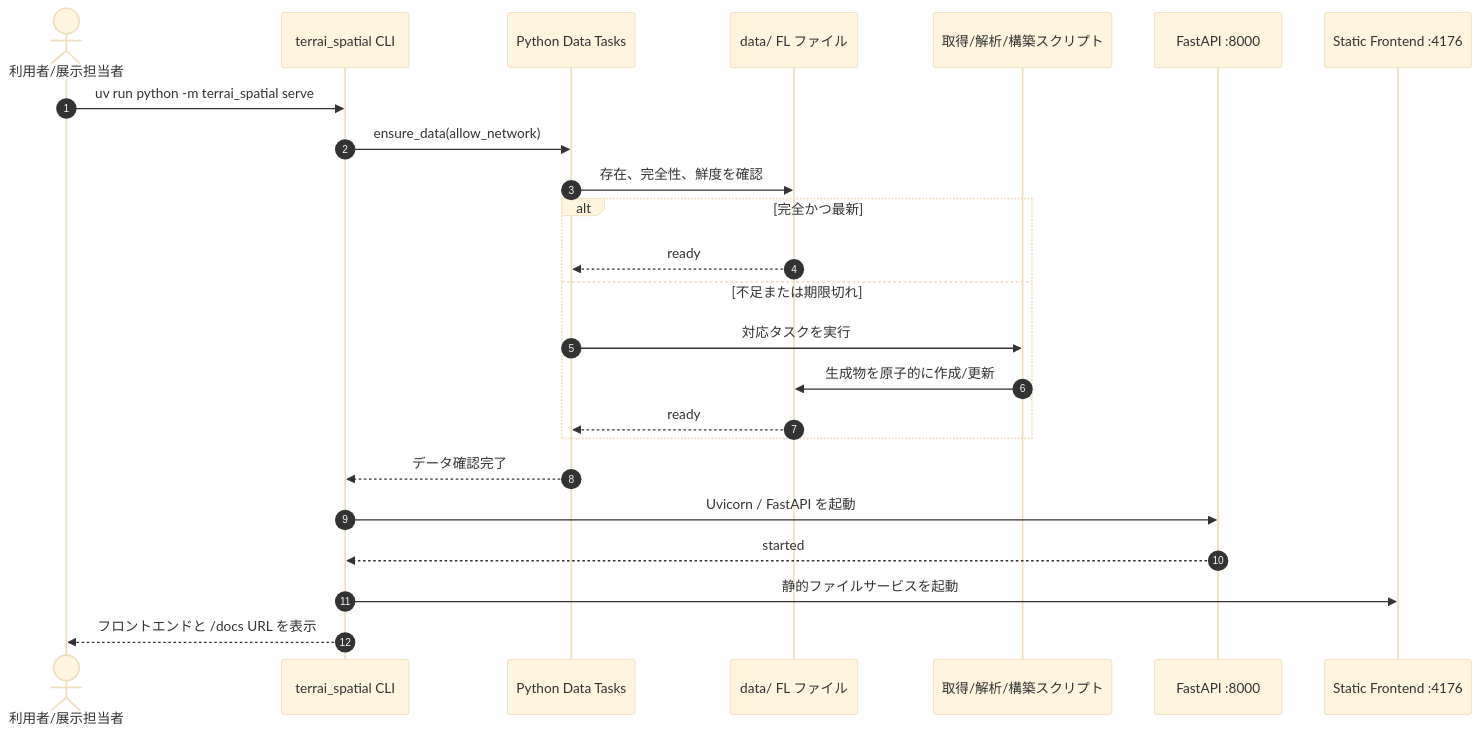
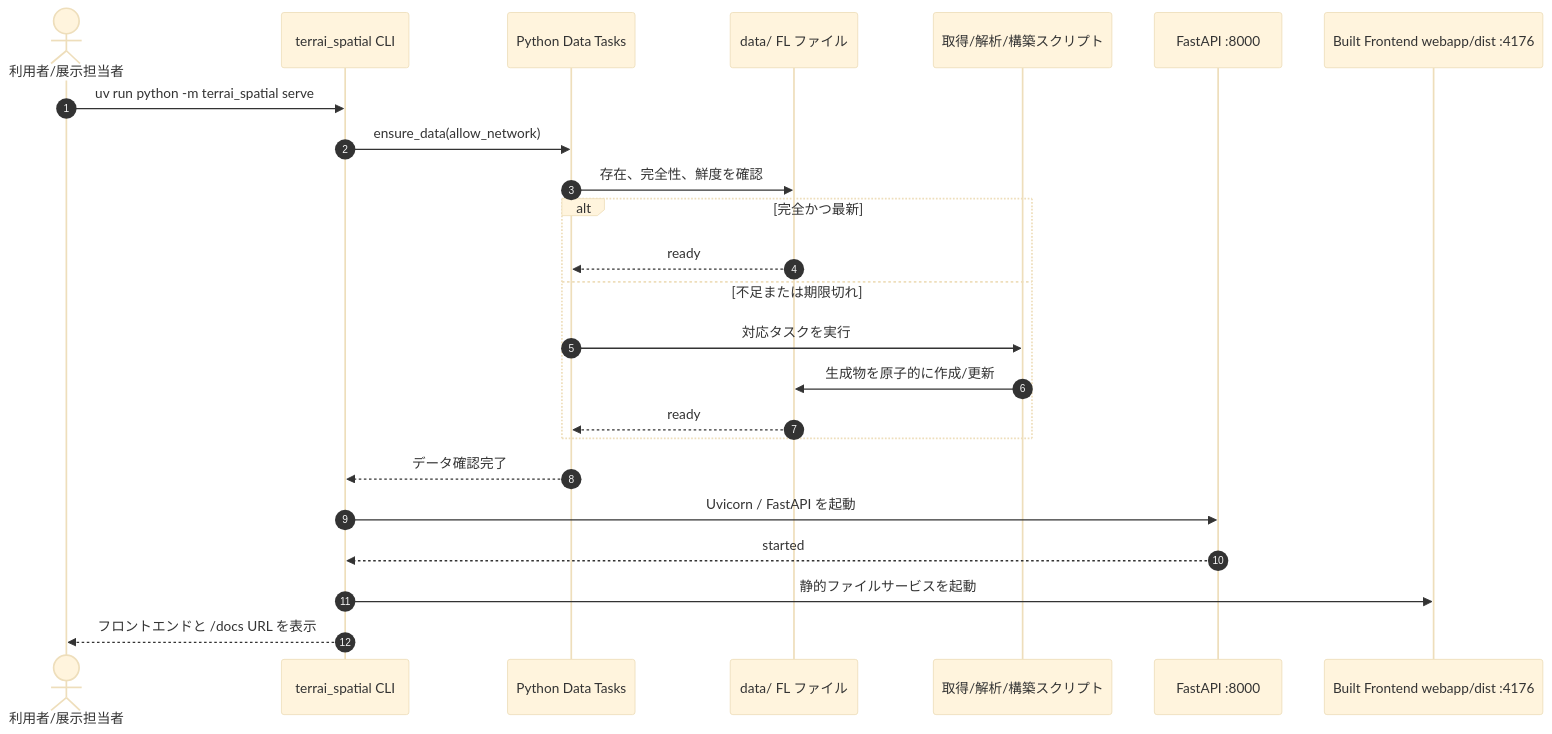
Before and after one commit to TsumiNa/terrai-spatial-intelligence: the first of 3 diagrams in docs/architecture/FRONTEND_BACKEND.ja.md, drawn with Mermaid (base theme). The commit also changed other lines of this file and 19 other files, not shown here.

````diff
--- a/docs/architecture/FRONTEND_BACKEND.ja.md
+++ b/docs/architecture/FRONTEND_BACKEND.ja.md
@@ -38,27 +38,27 @@
 ```mermaid
 sequenceDiagram
     autonumber
     actor Operator as 利用者/展示担当者
     participant CLI as terrai_spatial CLI
     participant Tasks as Python Data Tasks
     participant Files as data/ FL ファイル
     participant Scripts as 取得/解析/構築スクリプト
     participant API as FastAPI :8000
-    participant Web as Static Frontend :4176
+    participant Web as Built Frontend webapp/dist :4176
 
     Operator->>CLI: uv run python -m terrai_spatial serve
     CLI->>Tasks: ensure_data(allow_network)
     Tasks->>Files: 存在、完全性、鮮度を確認
     alt 完全かつ最新
         Files-->>Tasks: ready
     else 不足または期限切れ
         Tasks->>Scripts: 対応タスクを実行
         Scripts->>Files: 生成物を原子的に作成/更新
         Files-->>Tasks: ready
     end
     Tasks-->>CLI: データ確認完了
     CLI->>API: Uvicorn / FastAPI を起動
     API-->>CLI: started
     CLI->>Web: 静的ファイルサービスを起動
     CLI-->>Operator: フロントエンドと /docs URL を表示
 ```
````
